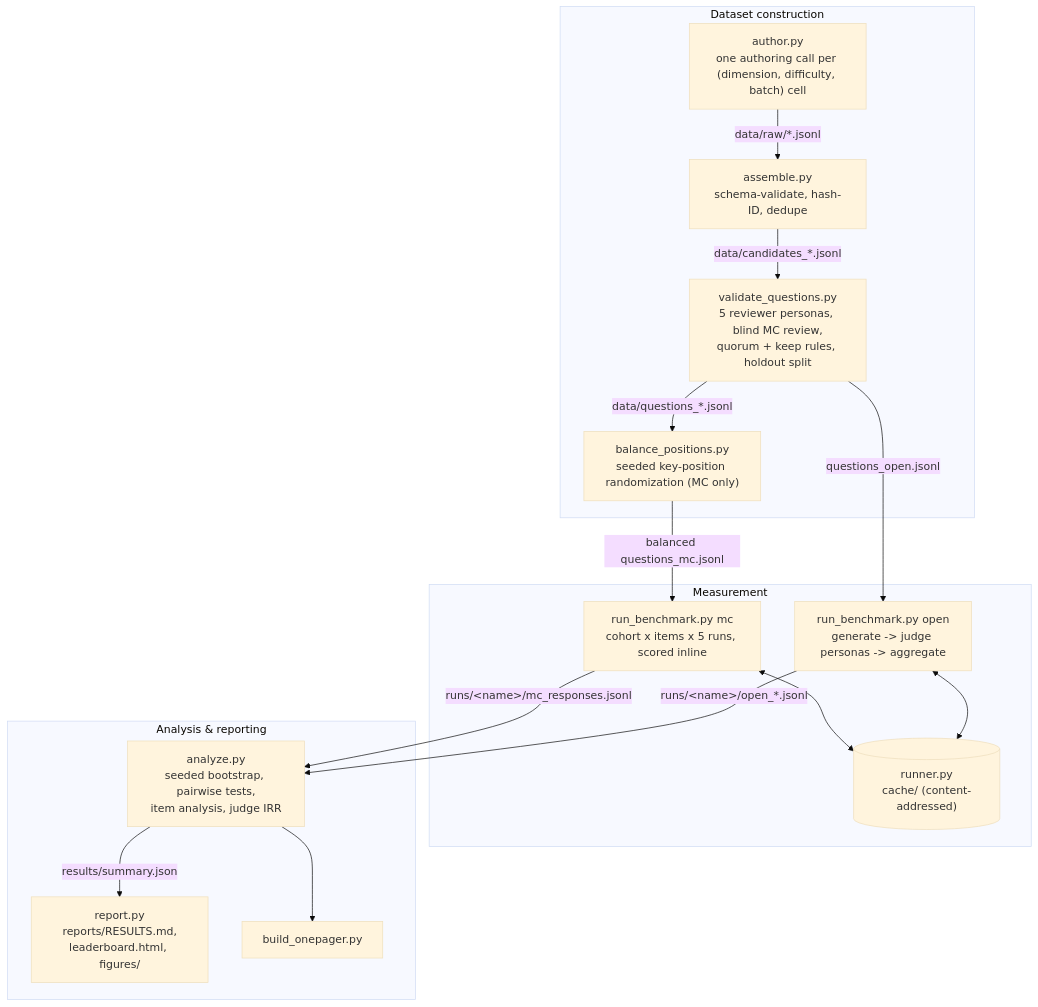
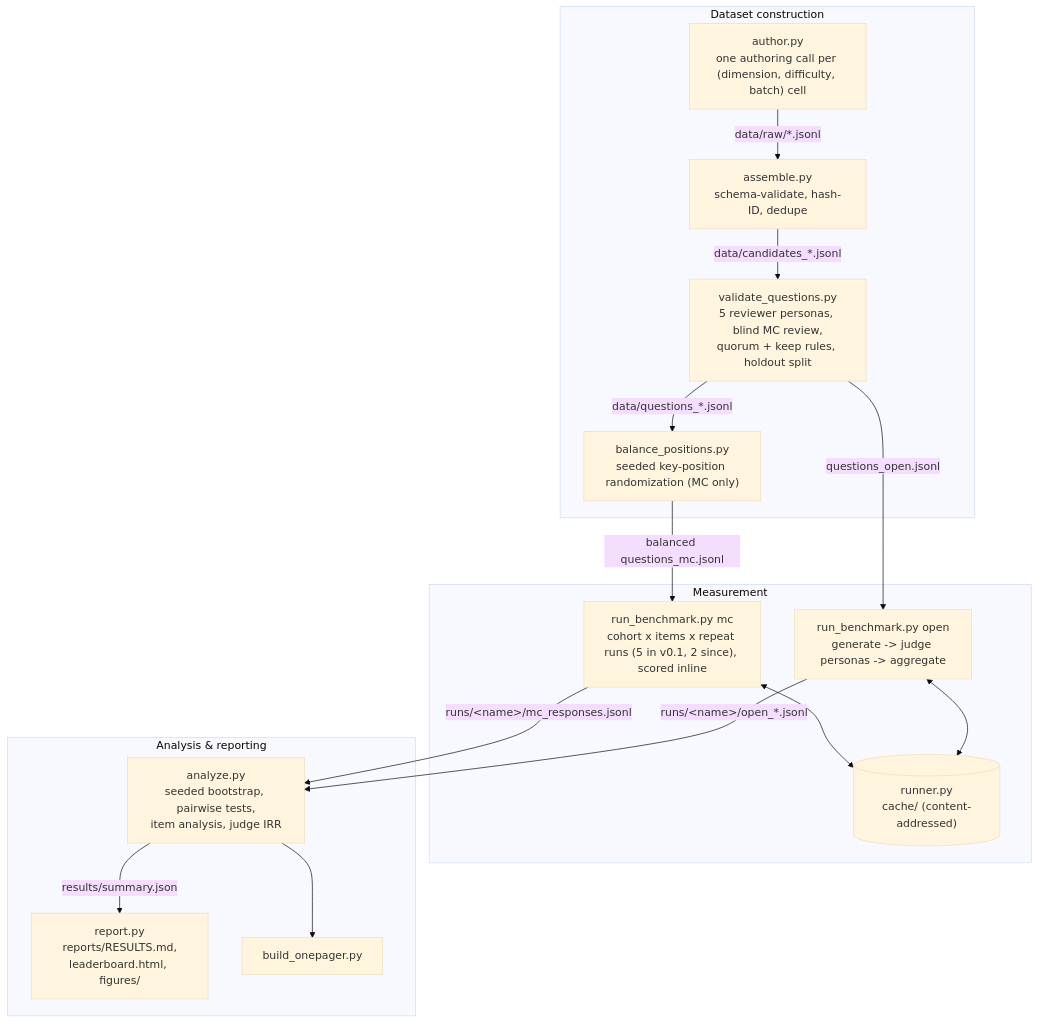
Before and after one commit to DeseretBenchDev/DeseretBench: the first of 2 diagrams in YELLOWPAPER.md, drawn with Mermaid (base theme). The commit also changed other lines of this file and 58 other files, not shown here.

````diff
--- a/YELLOWPAPER.md
+++ b/YELLOWPAPER.md
@@ -38,22 +41,22 @@
 ```mermaid
 flowchart TD
     subgraph AUTH["Dataset construction"]
         A["author.py<br/>one authoring call per (dimension, difficulty, batch) cell"]
         A -->|"data/raw/*.jsonl"| B["assemble.py<br/>schema-validate, hash-ID, dedupe"]
         B -->|"data/candidates_*.jsonl"| C["validate_questions.py<br/>5 reviewer personas, blind MC review,<br/>quorum + keep rules, holdout split"]
         C -->|"data/questions_*.jsonl"| D["balance_positions.py<br/>seeded key-position randomization (MC only)"]
     end
     subgraph MEAS["Measurement"]
-        D -->|"balanced questions_mc.jsonl"| E["run_benchmark.py mc<br/>cohort x items x 5 runs, scored inline"]
+        D -->|"balanced questions_mc.jsonl"| E["run_benchmark.py mc<br/>cohort x items x repeat runs (5 in v0.1, 2 since), scored inline"]
         C -->|"questions_open.jsonl"| F["run_benchmark.py open<br/>generate -> judge personas -> aggregate"]
         R[("runner.py<br/>cache/ (content-addressed)")]
         E <--> R
         F <--> R
     end
     subgraph ANA["Analysis & reporting"]
         E -->|"runs/&lt;name&gt;/mc_responses.jsonl"| G["analyze.py<br/>seeded bootstrap, pairwise tests,<br/>item analysis, judge IRR"]
         F -->|"runs/&lt;name&gt;/open_*.jsonl"| G
         G -->|"results/summary.json"| H["report.py<br/>reports/RESULTS.md,<br/>leaderboard.html, figures/"]
         G --> I["build_onepager.py"]
     end
 ```
````
